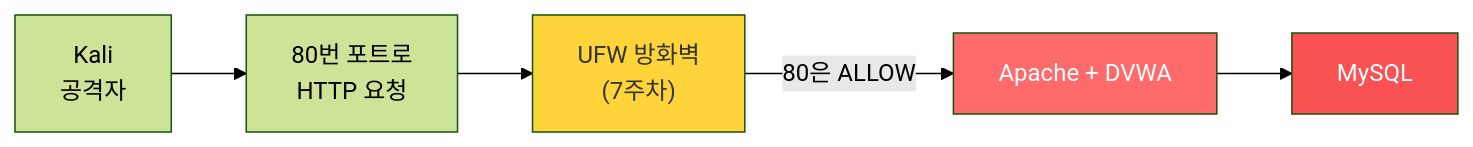
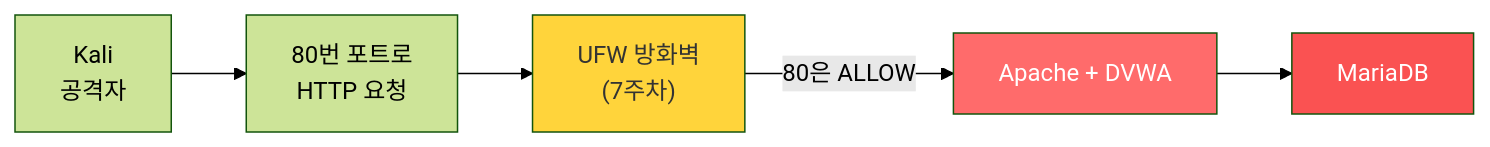
One commit to sbaek100/sbaek100.github.io changed the first of 4 diagrams in _posts/securitysystem/2026-03-26-SecuritySystem-8-1.md. Above: the diagram before and after it, drawn with Mermaid (forest theme). The commit also changed other lines of this file, not shown here.

Commit message:
Update DVWA setup to use MariaDB

````diff
--- a/_posts/securitysystem/2026-03-26-SecuritySystem-8-1.md
+++ b/_posts/securitysystem/2026-03-26-SecuritySystem-8-1.md
@@ -48,10 +48,10 @@
 ```mermaid
 flowchart LR
     K["Kali<br/>공격자"] --> P["80번 포트로<br/>HTTP 요청"]
     P --> FW["UFW 방화벽<br/>(7주차)"]
     FW -->|"80은 ALLOW"| WEB["Apache + DVWA"]
-    WEB --> DB["MySQL"]
+    WEB --> DB["MariaDB"]
     style FW fill:#ffd43b,color:#333
     style WEB fill:#ff6b6b,color:#fff
     style DB fill:#fa5252,color:#fff
 ```
````
